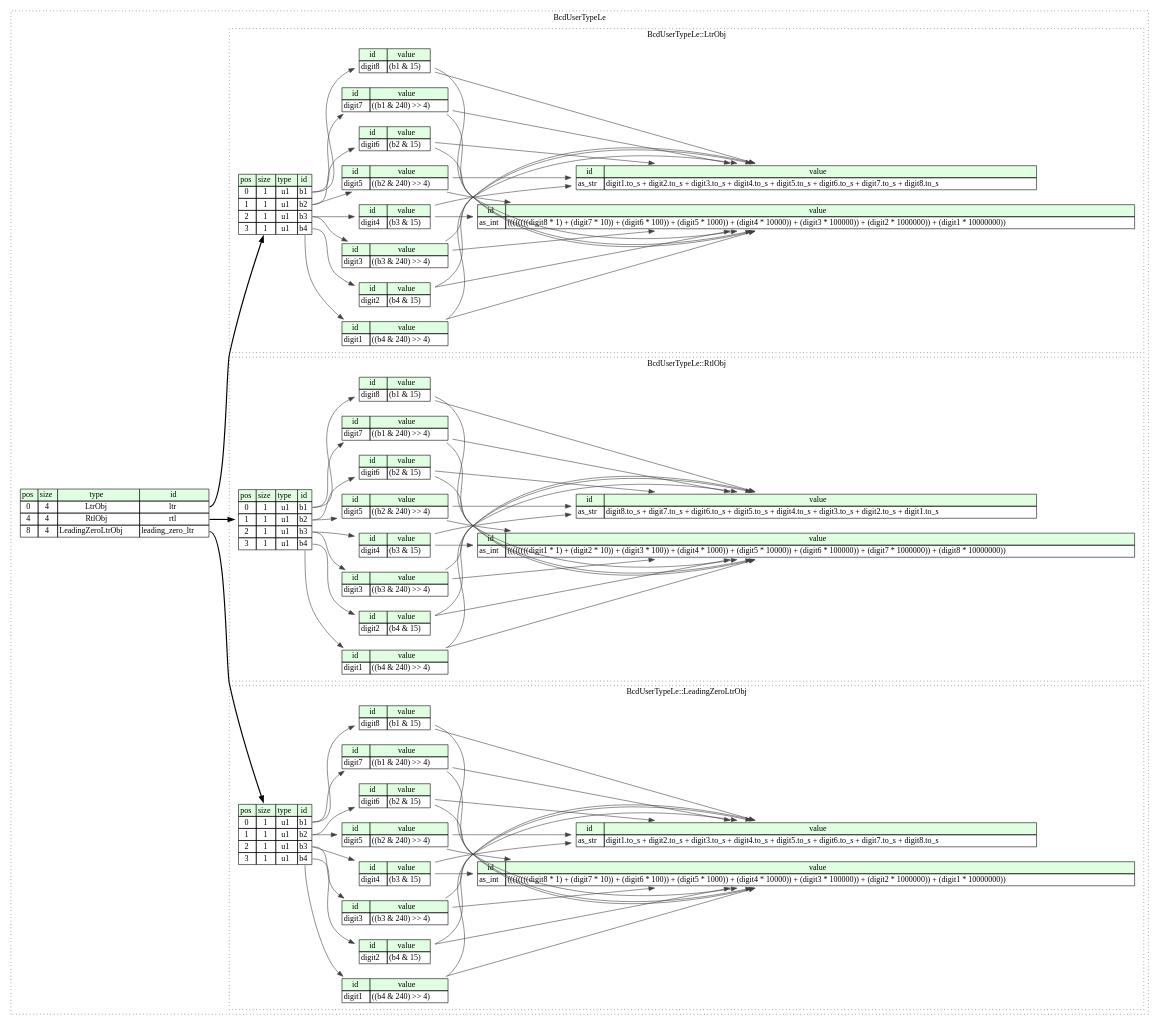
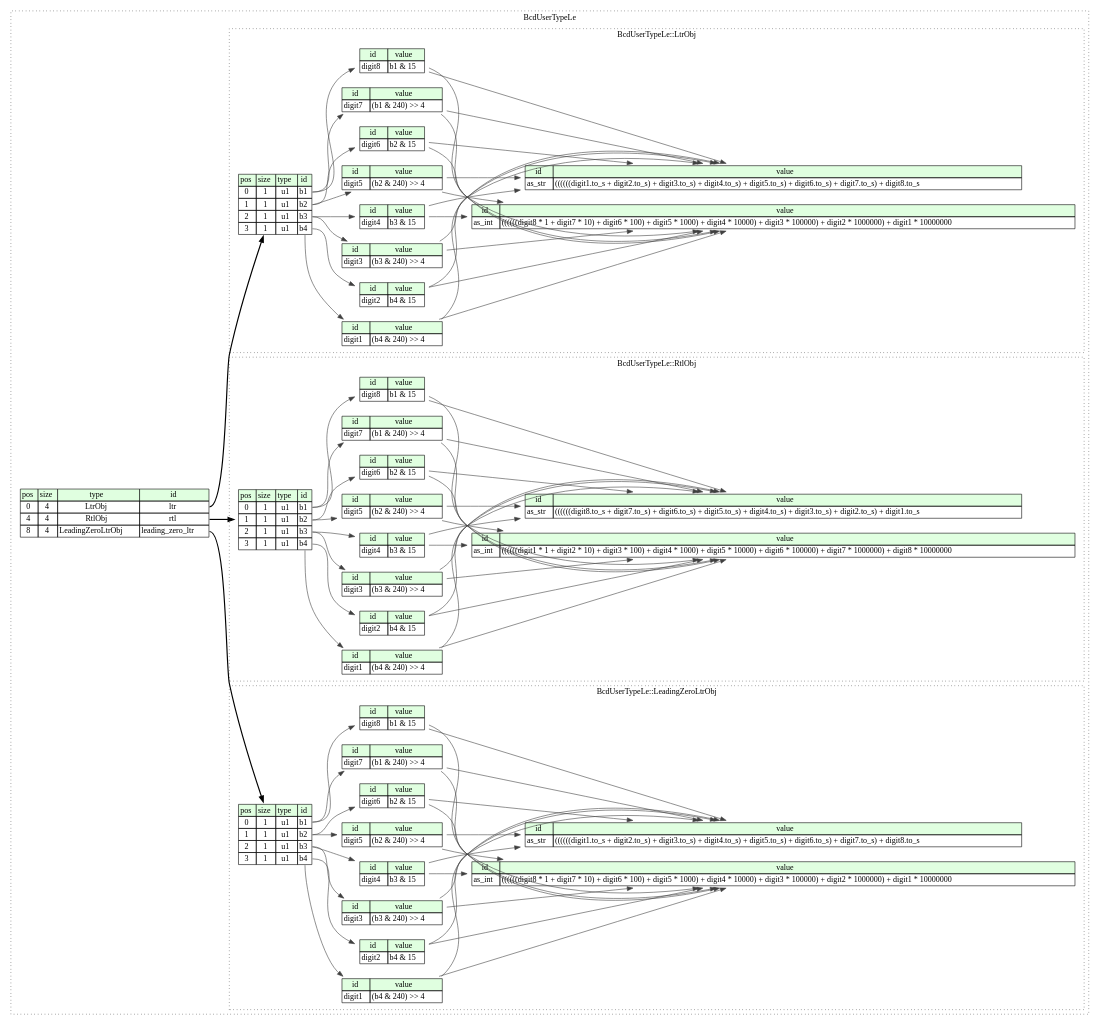
The diagram in compiled/graphviz/bcd_user_type_le.dot (kaitai-io/ci_targets), drawn with Graphviz before and after one commit. The commit also changed 530 other files, not shown here.

```diff
--- a/compiled/graphviz/bcd_user_type_le.dot
+++ b/compiled/graphviz/bcd_user_type_le.dot
@@ -24,43 +24,43 @@
 			</TABLE>>];
 			leading_zero_ltr_obj__inst__as_int [label=<<TABLE BORDER="0" CELLBORDER="1" CELLSPACING="0">
 				<TR><TD BGCOLOR="#E0FFE0">id</TD><TD BGCOLOR="#E0FFE0">value</TD></TR>
-				<TR><TD>as_int</TD><TD>((((((((digit8 * 1) + (digit7 * 10)) + (digit6 * 100)) + (digit5 * 1000)) + (digit4 * 10000)) + (digit3 * 100000)) + (digit2 * 1000000)) + (digit1 * 10000000))</TD></TR>
+				<TR><TD>as_int</TD><TD>((((((digit8 * 1 + digit7 * 10) + digit6 * 100) + digit5 * 1000) + digit4 * 10000) + digit3 * 100000) + digit2 * 1000000) + digit1 * 10000000</TD></TR>
 			</TABLE>>];
 			leading_zero_ltr_obj__inst__as_str [label=<<TABLE BORDER="0" CELLBORDER="1" CELLSPACING="0">
 				<TR><TD BGCOLOR="#E0FFE0">id</TD><TD BGCOLOR="#E0FFE0">value</TD></TR>
-				<TR><TD>as_str</TD><TD>digit1.to_s + digit2.to_s + digit3.to_s + digit4.to_s + digit5.to_s + digit6.to_s + digit7.to_s + digit8.to_s</TD></TR>
+				<TR><TD>as_str</TD><TD>((((((digit1.to_s + digit2.to_s) + digit3.to_s) + digit4.to_s) + digit5.to_s) + digit6.to_s) + digit7.to_s) + digit8.to_s</TD></TR>
 			</TABLE>>];
 			leading_zero_ltr_obj__inst__digit1 [label=<<TABLE BORDER="0" CELLBORDER="1" CELLSPACING="0">
 				<TR><TD BGCOLOR="#E0FFE0">id</TD><TD BGCOLOR="#E0FFE0">value</TD></TR>
-				<TR><TD>digit1</TD><TD>((b4 &amp; 240) &gt;&gt; 4)</TD></TR>
+				<TR><TD>digit1</TD><TD>(b4 &amp; 240) &gt;&gt; 4</TD></TR>
 			</TABLE>>];
 			leading_zero_ltr_obj__inst__digit2 [label=<<TABLE BORDER="0" CELLBORDER="1" CELLSPACING="0">
 				<TR><TD BGCOLOR="#E0FFE0">id</TD><TD BGCOLOR="#E0FFE0">value</TD></TR>
-				<TR><TD>digit2</TD><TD>(b4 &amp; 15)</TD></TR>
+				<TR><TD>digit2</TD><TD>b4 &amp; 15</TD></TR>
 			</TABLE>>];
 			leading_zero_ltr_obj__inst__digit3 [label=<<TABLE BORDER="0" CELLBORDER="1" CELLSPACING="0">
 				<TR><TD BGCOLOR="#E0FFE0">id</TD><TD BGCOLOR="#E0FFE0">value</TD></TR>
-				<TR><TD>digit3</TD><TD>((b3 &amp; 240) &gt;&gt; 4)</TD></TR>
+				<TR><TD>digit3</TD><TD>(b3 &amp; 240) &gt;&gt; 4</TD></TR>
 			</TABLE>>];
 			leading_zero_ltr_obj__inst__digit4 [label=<<TABLE BORDER="0" CELLBORDER="1" CELLSPACING="0">
 				<TR><TD BGCOLOR="#E0FFE0">id</TD><TD BGCOLOR="#E0FFE0">value</TD></TR>
-				<TR><TD>digit4</TD><TD>(b3 &amp; 15)</TD></TR>
+				<TR><TD>digit4</TD><TD>b3 &amp; 15</TD></TR>
 			</TABLE>>];
 			leading_zero_ltr_obj__inst__digit5 [label=<<TABLE BORDER="0" CELLBORDER="1" CELLSPACING="0">
 				<TR><TD BGCOLOR="#E0FFE0">id</TD><TD BGCOLOR="#E0FFE0">value</TD></TR>
-				<TR><TD>digit5</TD><TD>((b2 &amp; 240) &gt;&gt; 4)</TD></TR>
+				<TR><TD>digit5</TD><TD>(b2 &amp; 240) &gt;&gt; 4</TD></TR>
 			</TABLE>>];
 			leading_zero_ltr_obj__inst__digit6 [label=<<TABLE BORDER="0" CELLBORDER="1" CELLSPACING="0">
 				<TR><TD BGCOLOR="#E0FFE0">id</TD><TD BGCOLOR="#E0FFE0">value</TD></TR>
-				<TR><TD>digit6</TD><TD>(b2 &amp; 15)</TD></TR>
+				<TR><TD>digit6</TD><TD>b2 &amp; 15</TD></TR>
 			</TABLE>>];
 			leading_zero_ltr_obj__inst__digit7 [label=<<TABLE BORDER="0" CELLBORDER="1" CELLSPACING="0">
 				<TR><TD BGCOLOR="#E0FFE0">id</TD><TD BGCOLOR="#E0FFE0">value</TD></TR>
-				<TR><TD>digit7</TD><TD>((b1 &amp; 240) &gt;&gt; 4)</TD></TR>
+				<TR><TD>digit7</TD><TD>(b1 &amp; 240) &gt;&gt; 4</TD></TR>
 			</TABLE>>];
 			leading_zero_ltr_obj__inst__digit8 [label=<<TABLE BORDER="0" CELLBORDER="1" CELLSPACING="0">
 				<TR><TD BGCOLOR="#E0FFE0">id</TD><TD BGCOLOR="#E0FFE0">value</TD></TR>
-				<TR><TD>digit8</TD><TD>(b1 &amp; 15)</TD></TR>
+				<TR><TD>digit8</TD><TD>b1 &amp; 15</TD></TR>
 			</TABLE>>];
 		}
 		subgraph cluster__ltr_obj {
@@ -76,43 +76,43 @@
 			</TABLE>>];
 			ltr_obj__inst__as_int [label=<<TABLE BORDER="0" CELLBORDER="1" CELLSPACING="0">
 				<TR><TD BGCOLOR="#E0FFE0">id</TD><TD BGCOLOR="#E0FFE0">value</TD></TR>
-				<TR><TD>as_int</TD><TD>((((((((digit8 * 1) + (digit7 * 10)) + (digit6 * 100)) + (digit5 * 1000)) + (digit4 * 10000)) + (digit3 * 100000)) + (digit2 * 1000000)) + (digit1 * 10000000))</TD></TR>
+				<TR><TD>as_int</TD><TD>((((((digit8 * 1 + digit7 * 10) + digit6 * 100) + digit5 * 1000) + digit4 * 10000) + digit3 * 100000) + digit2 * 1000000) + digit1 * 10000000</TD></TR>
 			</TABLE>>];
 			ltr_obj__inst__as_str [label=<<TABLE BORDER="0" CELLBORDER="1" CELLSPACING="0">
 				<TR><TD BGCOLOR="#E0FFE0">id</TD><TD BGCOLOR="#E0FFE0">value</TD></TR>
-				<TR><TD>as_str</TD><TD>digit1.to_s + digit2.to_s + digit3.to_s + digit4.to_s + digit5.to_s + digit6.to_s + digit7.to_s + digit8.to_s</TD></TR>
+				<TR><TD>as_str</TD><TD>((((((digit1.to_s + digit2.to_s) + digit3.to_s) + digit4.to_s) + digit5.to_s) + digit6.to_s) + digit7.to_s) + digit8.to_s</TD></TR>
 			</TABLE>>];
 			ltr_obj__inst__digit1 [label=<<TABLE BORDER="0" CELLBORDER="1" CELLSPACING="0">
 				<TR><TD BGCOLOR="#E0FFE0">id</TD><TD BGCOLOR="#E0FFE0">value</TD></TR>
-				<TR><TD>digit1</TD><TD>((b4 &amp; 240) &gt;&gt; 4)</TD></TR>
+				<TR><TD>digit1</TD><TD>(b4 &amp; 240) &gt;&gt; 4</TD></TR>
 			</TABLE>>];
 			ltr_obj__inst__digit2 [label=<<TABLE BORDER="0" CELLBORDER="1" CELLSPACING="0">
 				<TR><TD BGCOLOR="#E0FFE0">id</TD><TD BGCOLOR="#E0FFE0">value</TD></TR>
-				<TR><TD>digit2</TD><TD>(b4 &amp; 15)</TD></TR>
+				<TR><TD>digit2</TD><TD>b4 &amp; 15</TD></TR>
 			</TABLE>>];
 			ltr_obj__inst__digit3 [label=<<TABLE BORDER="0" CELLBORDER="1" CELLSPACING="0">
 				<TR><TD BGCOLOR="#E0FFE0">id</TD><TD BGCOLOR="#E0FFE0">value</TD></TR>
-				<TR><TD>digit3</TD><TD>((b3 &amp; 240) &gt;&gt; 4)</TD></TR>
+				<TR><TD>digit3</TD><TD>(b3 &amp; 240) &gt;&gt; 4</TD></TR>
 			</TABLE>>];
 			ltr_obj__inst__digit4 [label=<<TABLE BORDER="0" CELLBORDER="1" CELLSPACING="0">
 				<TR><TD BGCOLOR="#E0FFE0">id</TD><TD BGCOLOR="#E0FFE0">value</TD></TR>
-				<TR><TD>digit4</TD><TD>(b3 &amp; 15)</TD></TR>
+				<TR><TD>digit4</TD><TD>b3 &amp; 15</TD></TR>
 			</TABLE>>];
 			ltr_obj__inst__digit5 [label=<<TABLE BORDER="0" CELLBORDER="1" CELLSPACING="0">
 				<TR><TD BGCOLOR="#E0FFE0">id</TD><TD BGCOLOR="#E0FFE0">value</TD></TR>
-				<TR><TD>digit5</TD><TD>((b2 &amp; 240) &gt;&gt; 4)</TD></TR>
+				<TR><TD>digit5</TD><TD>(b2 &amp; 240) &gt;&gt; 4</TD></TR>
 			</TABLE>>];
 			ltr_obj__inst__digit6 [label=<<TABLE BORDER="0" CELLBORDER="1" CELLSPACING="0">
 				<TR><TD BGCOLOR="#E0FFE0">id</TD><TD BGCOLOR="#E0FFE0">value</TD></TR>
-				<TR><TD>digit6</TD><TD>(b2 &amp; 15)</TD></TR>
+				<TR><TD>digit6</TD><TD>b2 &amp; 15</TD></TR>
 			</TABLE>>];
 			ltr_obj__inst__digit7 [label=<<TABLE BORDER="0" CELLBORDER="1" CELLSPACING="0">
 				<TR><TD BGCOLOR="#E0FFE0">id</TD><TD BGCOLOR="#E0FFE0">value</TD></TR>
-				<TR><TD>digit7</TD><TD>((b1 &amp; 240) &gt;&gt; 4)</TD></TR>
+				<TR><TD>digit7</TD><TD>(b1 &amp; 240) &gt;&gt; 4</TD></TR>
 			</TABLE>>];
 			ltr_obj__inst__digit8 [label=<<TABLE BORDER="0" CELLBORDER="1" CELLSPACING="0">
 				<TR><TD BGCOLOR="#E0FFE0">id</TD><TD BGCOLOR="#E0FFE0">value</TD></TR>
-				<TR><TD>digit8</TD><TD>(b1 &amp; 15)</TD></TR>
+				<TR><TD>digit8</TD><TD>b1 &amp; 15</TD></TR>
 			</TABLE>>];
 		}
 		subgraph cluster__rtl_obj {
@@ -128,43 +128,43 @@
 			</TABLE>>];
 			rtl_obj__inst__as_int [label=<<TABLE BORDER="0" CELLBORDER="1" CELLSPACING="0">
 				<TR><TD BGCOLOR="#E0FFE0">id</TD><TD BGCOLOR="#E0FFE0">value</TD></TR>
-				<TR><TD>as_int</TD><TD>((((((((digit1 * 1) + (digit2 * 10)) + (digit3 * 100)) + (digit4 * 1000)) + (digit5 * 10000)) + (digit6 * 100000)) + (digit7 * 1000000)) + (digit8 * 10000000))</TD></TR>
+				<TR><TD>as_int</TD><TD>((((((digit1 * 1 + digit2 * 10) + digit3 * 100) + digit4 * 1000) + digit5 * 10000) + digit6 * 100000) + digit7 * 1000000) + digit8 * 10000000</TD></TR>
 			</TABLE>>];
 			rtl_obj__inst__as_str [label=<<TABLE BORDER="0" CELLBORDER="1" CELLSPACING="0">
 				<TR><TD BGCOLOR="#E0FFE0">id</TD><TD BGCOLOR="#E0FFE0">value</TD></TR>
-				<TR><TD>as_str</TD><TD>digit8.to_s + digit7.to_s + digit6.to_s + digit5.to_s + digit4.to_s + digit3.to_s + digit2.to_s + digit1.to_s</TD></TR>
+				<TR><TD>as_str</TD><TD>((((((digit8.to_s + digit7.to_s) + digit6.to_s) + digit5.to_s) + digit4.to_s) + digit3.to_s) + digit2.to_s) + digit1.to_s</TD></TR>
 			</TABLE>>];
 			rtl_obj__inst__digit1 [label=<<TABLE BORDER="0" CELLBORDER="1" CELLSPACING="0">
 				<TR><TD BGCOLOR="#E0FFE0">id</TD><TD BGCOLOR="#E0FFE0">value</TD></TR>
-				<TR><TD>digit1</TD><TD>((b4 &amp; 240) &gt;&gt; 4)</TD></TR>
+				<TR><TD>digit1</TD><TD>(b4 &amp; 240) &gt;&gt; 4</TD></TR>
 			</TABLE>>];
 			rtl_obj__inst__digit2 [label=<<TABLE BORDER="0" CELLBORDER="1" CELLSPACING="0">
 				<TR><TD BGCOLOR="#E0FFE0">id</TD><TD BGCOLOR="#E0FFE0">value</TD></TR>
-				<TR><TD>digit2</TD><TD>(b4 &amp; 15)</TD></TR>
+				<TR><TD>digit2</TD><TD>b4 &amp; 15</TD></TR>
 			</TABLE>>];
 			rtl_obj__inst__digit3 [label=<<TABLE BORDER="0" CELLBORDER="1" CELLSPACING="0">
 				<TR><TD BGCOLOR="#E0FFE0">id</TD><TD BGCOLOR="#E0FFE0">value</TD></TR>
-				<TR><TD>digit3</TD><TD>((b3 &amp; 240) &gt;&gt; 4)</TD></TR>
+				<TR><TD>digit3</TD><TD>(b3 &amp; 240) &gt;&gt; 4</TD></TR>
 			</TABLE>>];
 			rtl_obj__inst__digit4 [label=<<TABLE BORDER="0" CELLBORDER="1" CELLSPACING="0">
 				<TR><TD BGCOLOR="#E0FFE0">id</TD><TD BGCOLOR="#E0FFE0">value</TD></TR>
-				<TR><TD>digit4</TD><TD>(b3 &amp; 15)</TD></TR>
+				<TR><TD>digit4</TD><TD>b3 &amp; 15</TD></TR>
 			</TABLE>>];
 			rtl_obj__inst__digit5 [label=<<TABLE BORDER="0" CELLBORDER="1" CELLSPACING="0">
 				<TR><TD BGCOLOR="#E0FFE0">id</TD><TD BGCOLOR="#E0FFE0">value</TD></TR>
-				<TR><TD>digit5</TD><TD>((b2 &amp; 240) &gt;&gt; 4)</TD></TR>
+				<TR><TD>digit5</TD><TD>(b2 &amp; 240) &gt;&gt; 4</TD></TR>
 			</TABLE>>];
 			rtl_obj__inst__digit6 [label=<<TABLE BORDER="0" CELLBORDER="1" CELLSPACING="0">
 				<TR><TD BGCOLOR="#E0FFE0">id</TD><TD BGCOLOR="#E0FFE0">value</TD></TR>
-				<TR><TD>digit6</TD><TD>(b2 &amp; 15)</TD></TR>
+				<TR><TD>digit6</TD><TD>b2 &amp; 15</TD></TR>
 			</TABLE>>];
 			rtl_obj__inst__digit7 [label=<<TABLE BORDER="0" CELLBORDER="1" CELLSPACING="0">
 				<TR><TD BGCOLOR="#E0FFE0">id</TD><TD BGCOLOR="#E0FFE0">value</TD></TR>
-				<TR><TD>digit7</TD><TD>((b1 &amp; 240) &gt;&gt; 4)</TD></TR>
+				<TR><TD>digit7</TD><TD>(b1 &amp; 240) &gt;&gt; 4</TD></TR>
 			</TABLE>>];
 			rtl_obj__inst__digit8 [label=<<TABLE BORDER="0" CELLBORDER="1" CELLSPACING="0">
 				<TR><TD BGCOLOR="#E0FFE0">id</TD><TD BGCOLOR="#E0FFE0">value</TD></TR>
-				<TR><TD>digit8</TD><TD>(b1 &amp; 15)</TD></TR>
+				<TR><TD>digit8</TD><TD>b1 &amp; 15</TD></TR>
 			</TABLE>>];
 		}
 	}
```
